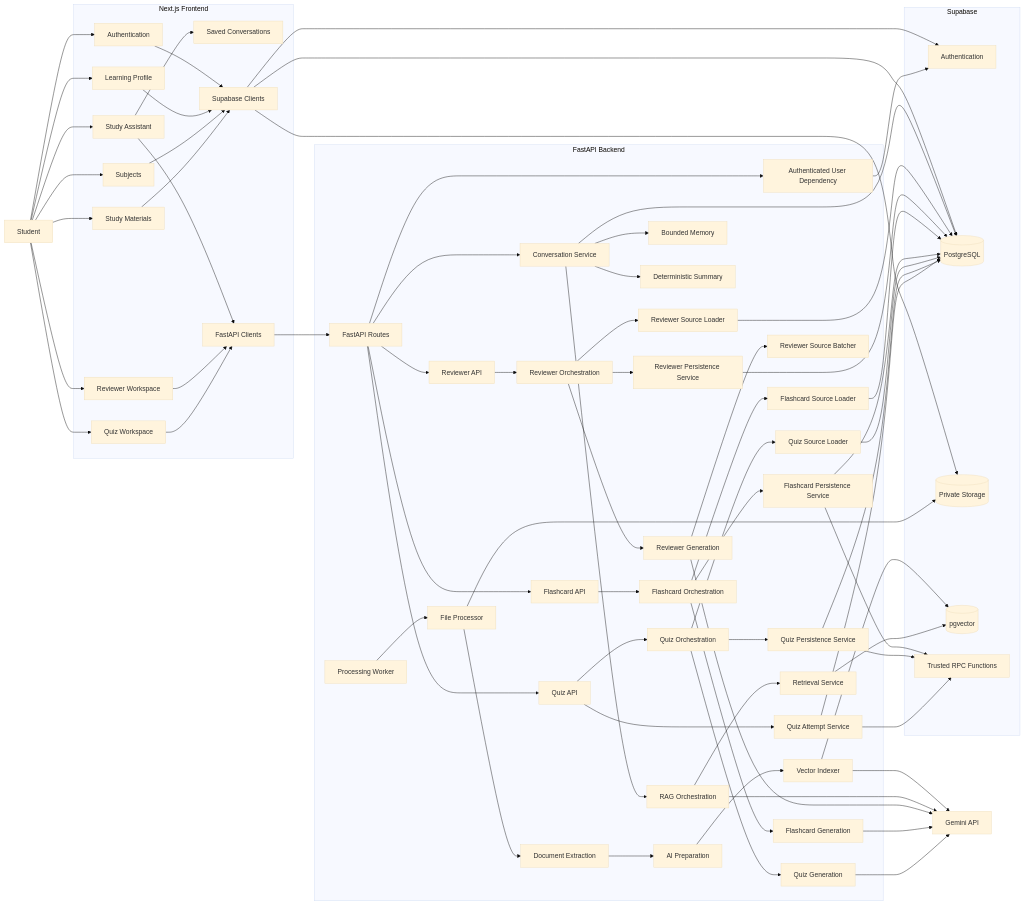
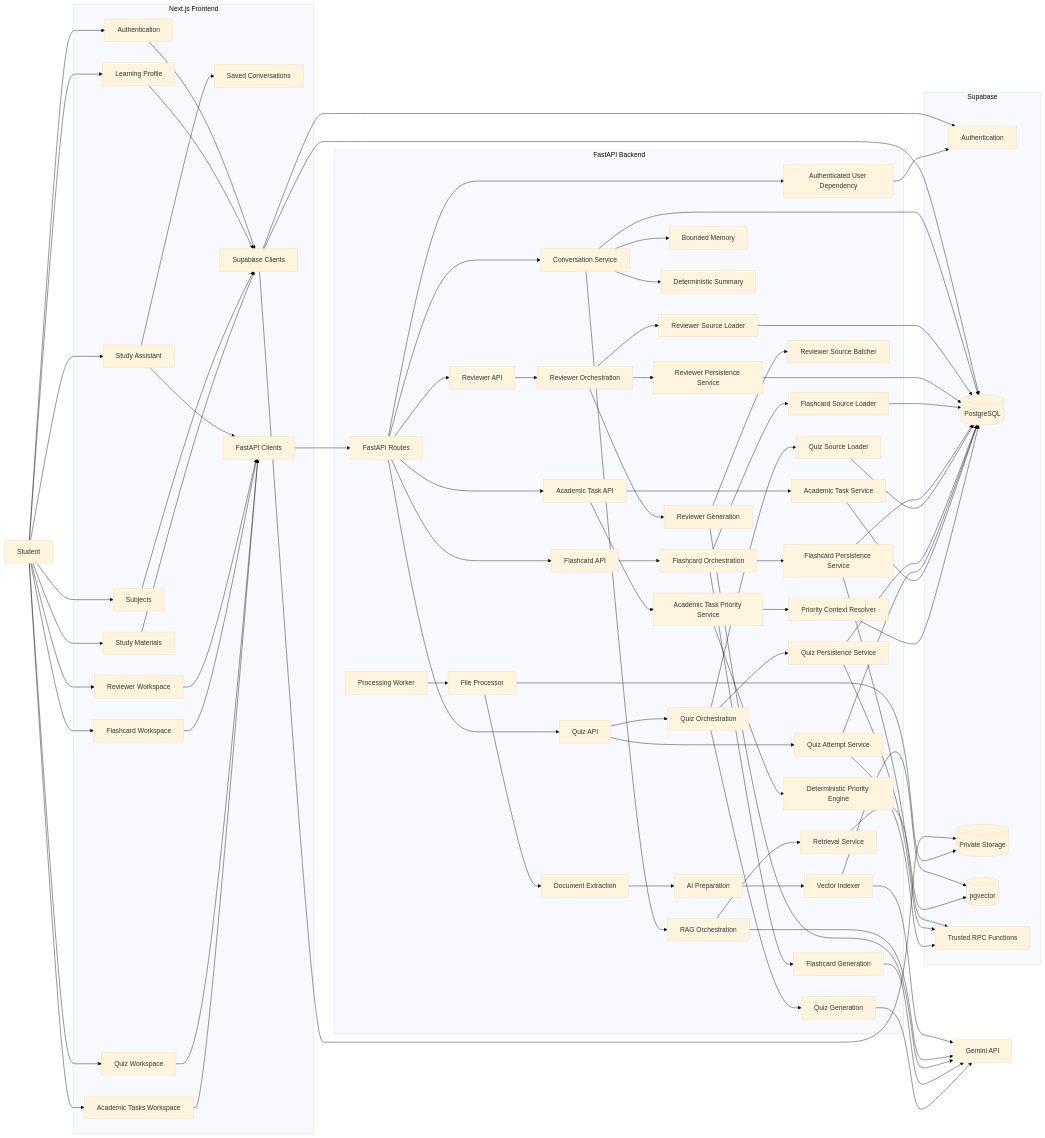
The first of 11 diagrams in docs/ARCHITECTURE.md (jianna-acc/stsp-capstone), drawn with Mermaid (base theme) before and after one commit. The commit also changed other lines of this file and 2 other files, not shown here.

Commit message:
docs(tasks): document academic tasks integration

````diff
--- a/docs/ARCHITECTURE.md
+++ b/docs/ARCHITECTURE.md
@@ -97,7 +105,9 @@
         ASSISTANT["Study Assistant"]
         HISTORY["Saved Conversations"]
         REVIEWERS_UI["Reviewer Workspace"]
+        FLASHCARDS_UI["Flashcard Workspace"]
         QUIZZES_UI["Quiz Workspace"]
+        TASKS_UI["Academic Tasks Workspace"]
 
         SUPABASE_CLIENT["Supabase Clients"]
         API_CLIENT["FastAPI Clients"]
@@ -120,6 +130,7 @@
         CONVERSATION["Conversation Service"]
         MEMORY["Bounded Memory"]
         SUMMARY["Deterministic Summary"]
+
         REVIEWER_API["Reviewer API"]
         REVIEWER_ORCHESTRATION["Reviewer Orchestration"]
         REVIEWER_SOURCE["Reviewer Source Loader"]
@@ -139,6 +150,12 @@
         QUIZ_GENERATION["Quiz Generation"]
         QUIZ_SERVICE["Quiz Persistence Service"]
         QUIZ_ATTEMPTS["Quiz Attempt Service"]
+
+        TASK_API["Academic Task API"]
+        TASK_SERVICE["Academic Task Service"]
+        TASK_PRIORITY["Academic Task Priority Service"]
+        TASK_CONTEXT["Priority Context Resolver"]
+        TASK_ENGINE["Deterministic Priority Engine"]
     end
 
     subgraph SUPABASE["Supabase"]
@@ -157,7 +174,9 @@
     STUDENT --> FILE_UI
     STUDENT --> ASSISTANT
     STUDENT --> REVIEWERS_UI
+    STUDENT --> FLASHCARDS_UI
     STUDENT --> QUIZZES_UI
+    STUDENT --> TASKS_UI
 
     AUTH_UI --> SUPABASE_CLIENT
     ONBOARDING --> SUPABASE_CLIENT
@@ -171,7 +190,9 @@
     ASSISTANT --> HISTORY
     ASSISTANT --> API_CLIENT
     REVIEWERS_UI --> API_CLIENT
+    FLASHCARDS_UI --> API_CLIENT
     QUIZZES_UI --> API_CLIENT
+    TASKS_UI --> API_CLIENT
 
     API_CLIENT --> API
     API --> AUTH_DEP
@@ -194,14 +215,13 @@
     RAG --> RETRIEVAL
     RETRIEVAL --> VECTOR
     RAG --> GEMINI
+    CONVERSATION --> DATABASE
 
-    CONVERSATION --> DATABASE
     API --> REVIEWER_API
     REVIEWER_API --> REVIEWER_ORCHESTRATION
     REVIEWER_ORCHESTRATION --> REVIEWER_SOURCE
     REVIEWER_ORCHESTRATION --> REVIEWER_GENERATION
     REVIEWER_ORCHESTRATION --> REVIEWER_SERVICE
-
     REVIEWER_SOURCE --> DATABASE
     REVIEWER_GENERATION --> REVIEWER_BATCHER
     REVIEWER_GENERATION --> GEMINI
@@ -209,11 +229,9 @@
 
     API --> FLASHCARD_API
     FLASHCARD_API --> FLASHCARD_ORCHESTRATION
-
     FLASHCARD_ORCHESTRATION --> FLASHCARD_SOURCE
     FLASHCARD_ORCHESTRATION --> FLASHCARD_GENERATION
     FLASHCARD_ORCHESTRATION --> FLASHCARD_SERVICE
-
     FLASHCARD_SOURCE --> DATABASE
     FLASHCARD_GENERATION --> GEMINI
     FLASHCARD_SERVICE --> RPC
@@ -225,11 +243,18 @@
     QUIZ_ORCHESTRATION --> QUIZ_GENERATION
     QUIZ_ORCHESTRATION --> QUIZ_SERVICE
     QUIZ_API --> QUIZ_ATTEMPTS
-
     QUIZ_SOURCE --> DATABASE
     QUIZ_GENERATION --> GEMINI
     QUIZ_SERVICE --> RPC
     QUIZ_SERVICE --> DATABASE
     QUIZ_ATTEMPTS --> RPC
     QUIZ_ATTEMPTS --> DATABASE
+
+    API --> TASK_API
+    TASK_API --> TASK_SERVICE
+    TASK_API --> TASK_PRIORITY
+    TASK_SERVICE --> DATABASE
+    TASK_PRIORITY --> TASK_CONTEXT
+    TASK_CONTEXT --> DATABASE
+    TASK_PRIORITY --> TASK_ENGINE
 ```
````
